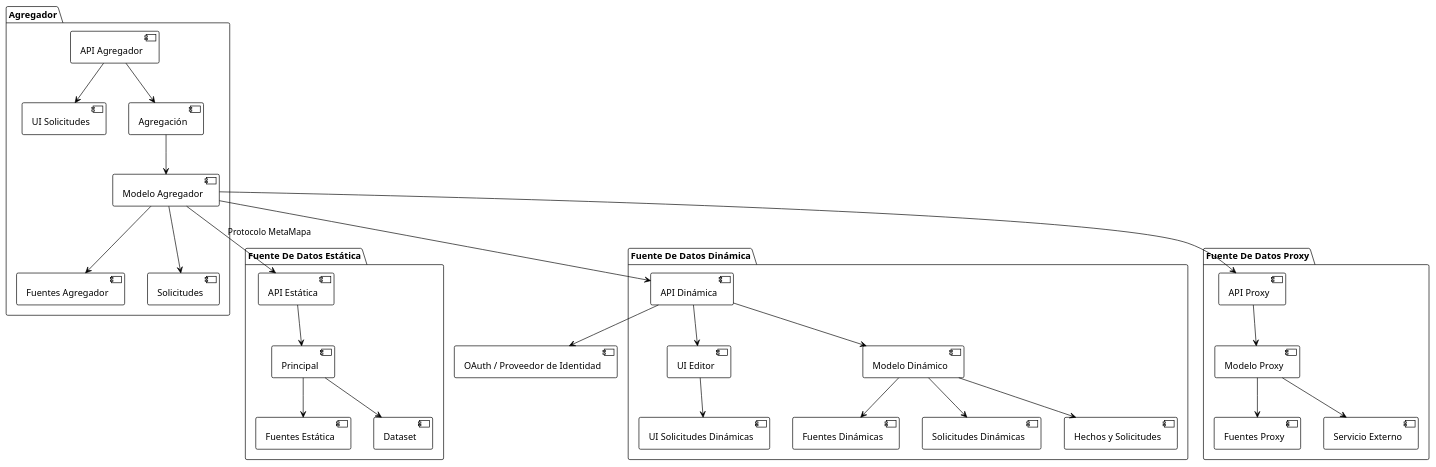
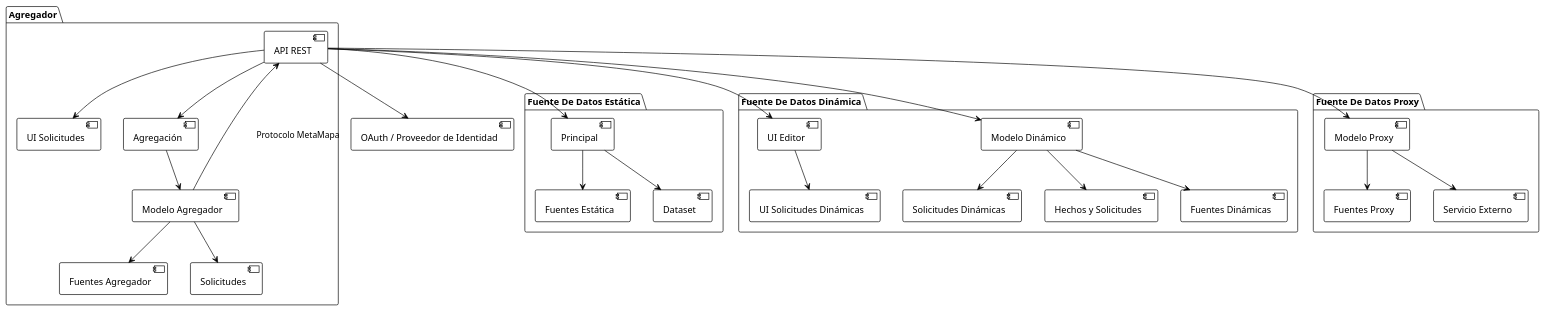
One commit to nicoScatolon/ddsi-tp-2025 changed the diagram in diagramas/diagramaArquitectura.puml. Above: the diagram before and after it, drawn with PlantUML. The commit also changed 21 other files, not shown here.

```diff
--- a/diagramas/diagramaArquitectura.puml
+++ b/diagramas/diagramaArquitectura.puml
@@ -1,38 +1,36 @@
 @startuml
 !theme plain
 
 package "Agregador" {
-  [API Agregador] --> [UI Solicitudes]
-  [API Agregador] --> [Agregación]
+  [API REST] --> [UI Solicitudes]
+  [API REST] --> [Agregación]
   [Agregación] --> [Modelo Agregador]
   [Modelo Agregador] --> [Fuentes Agregador]
   [Modelo Agregador] --> [Solicitudes]
 }
 
 package "Fuente De Datos Estática" {
-  [API Estática] --> [Principal]
+  [API REST] --> [Principal]
   [Principal] --> [Fuentes Estática]
   [Principal] --> [Dataset]
 }
 
 package "Fuente De Datos Dinámica" {
-  [API Dinámica] --> [UI Editor]
-  [API Dinámica] --> [Modelo Dinámico]
+  [API REST] --> [UI Editor]
+  [API REST] --> [Modelo Dinámico]
   [Modelo Dinámico] --> [Fuentes Dinámicas]
   [Modelo Dinámico] --> [Solicitudes Dinámicas]
   [Modelo Dinámico] --> [Hechos y Solicitudes]
   [UI Editor] --> [UI Solicitudes Dinámicas]
 }
 
 package "Fuente De Datos Proxy" {
-  [API Proxy] --> [Modelo Proxy]
+  [API REST] --> [Modelo Proxy]
   [Modelo Proxy] --> [Fuentes Proxy]
   [Modelo Proxy] --> [Servicio Externo]
 }
 
 ' Relaciones entre sistemas
-[Modelo Agregador] --> [API Estática] : Protocolo MetaMapa
-[Modelo Agregador] --> [API Dinámica]
-[Modelo Agregador] --> [API Proxy]
-[API Dinámica] --> [OAuth / Proveedor de Identidad]
+[Modelo Agregador] --> [API REST] : Protocolo MetaMapa
+[API REST] --> [OAuth / Proveedor de Identidad]
 @enduml
```
